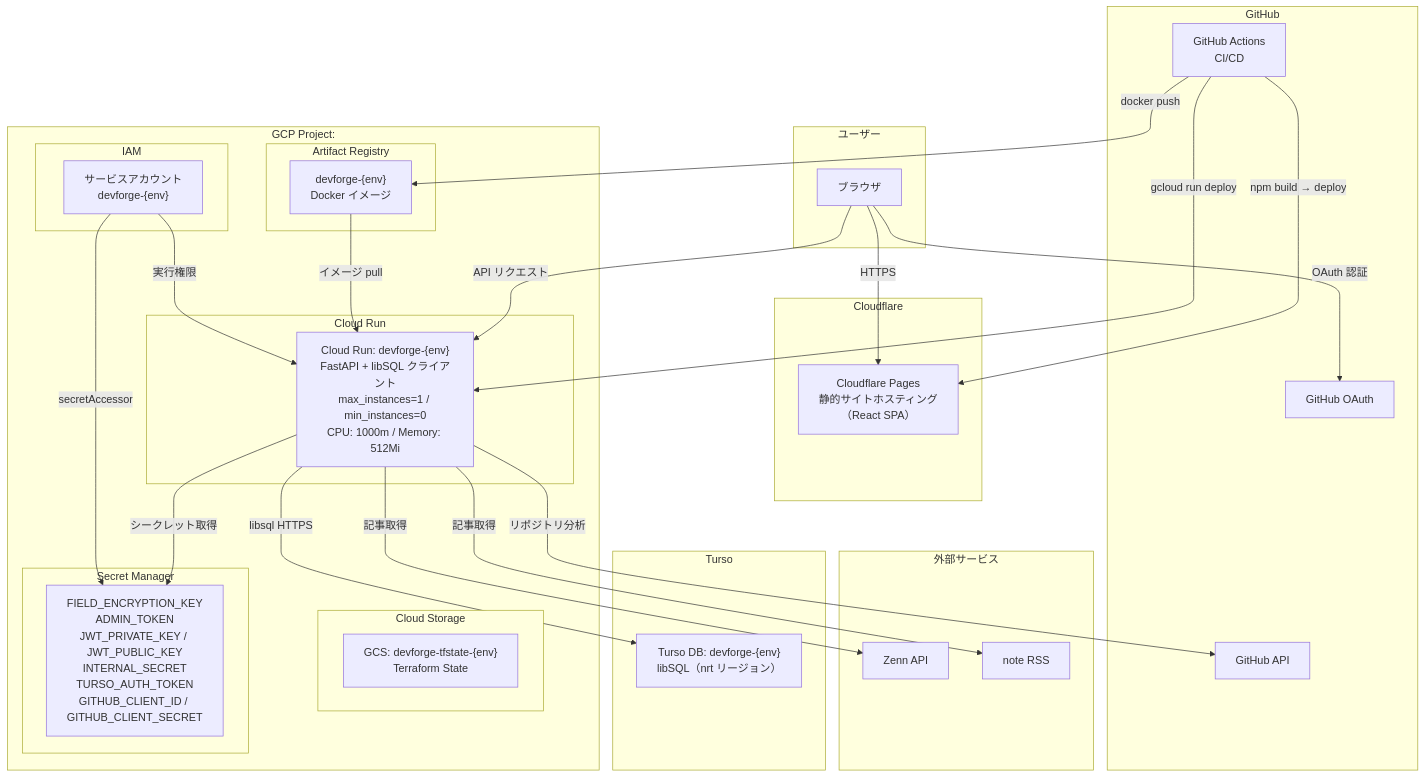
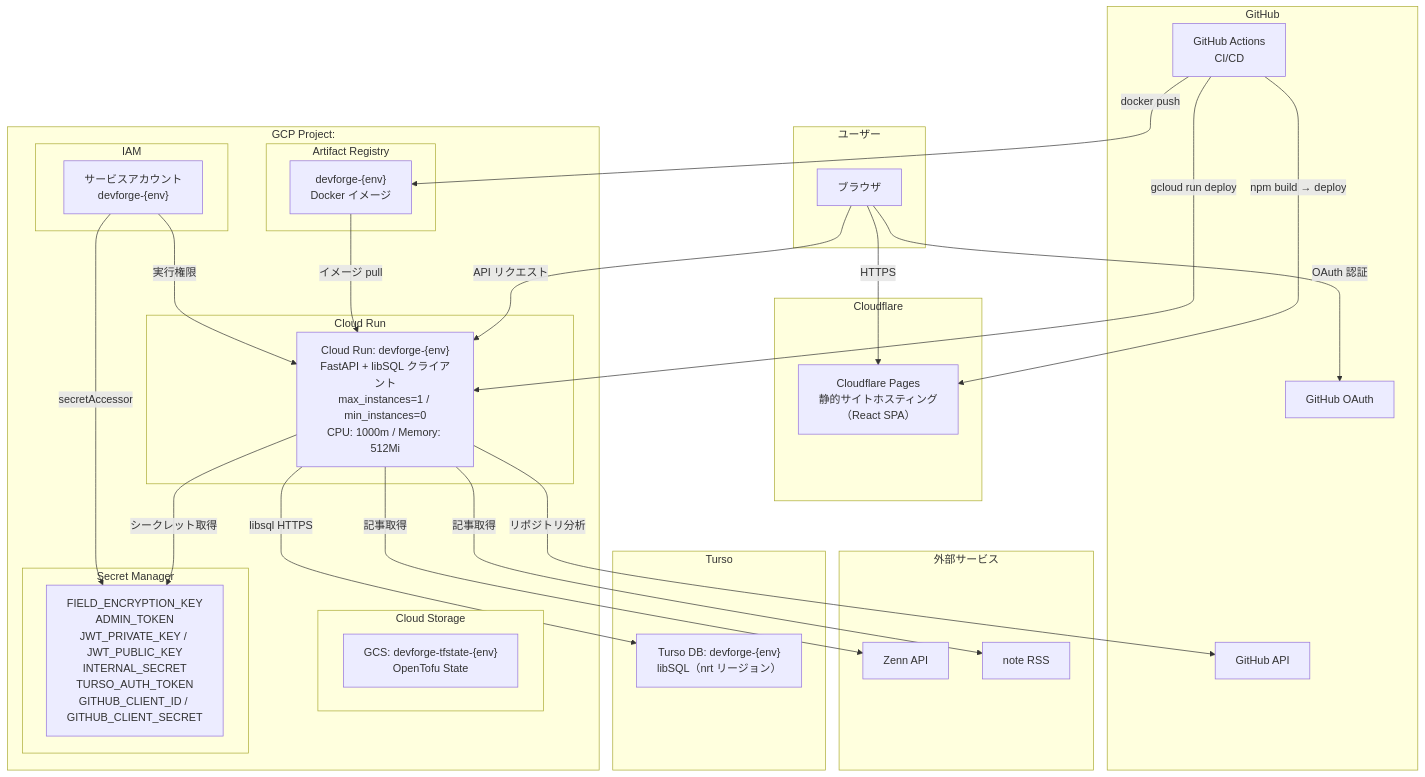
Before and after one commit to yusuke0610/yakini: the diagram in README.md, drawn with Mermaid. The commit also changed other lines of this file and 26 other files, not shown here.

````diff
--- a/README.md
+++ b/README.md
@@ -321,64 +83,64 @@
 ```mermaid
 graph TB
     subgraph "ユーザー"
         Browser["ブラウザ"]
     end
 
     subgraph "GitHub"
         GitHubActions["GitHub Actions<br/>CI/CD"]
         GitHubOAuth["GitHub OAuth"]
         GitHubAPI["GitHub API"]
     end
 
     subgraph "外部サービス"
         ZennAPI["Zenn API"]
         NoteRSS["note RSS"]
     end
 
     subgraph "Cloudflare"
         CFPages["Cloudflare Pages<br/>静的サイトホスティング<br/>（React SPA）"]
     end
 
     subgraph "Turso"
         TursoDB["Turso DB: devforge-{env}<br/>libSQL（nrt リージョン）"]
     end
 
     subgraph "GCP Project: <PROJECT_ID>"
         subgraph "Cloud Storage"
-            TfstateBucket["GCS: devforge-tfstate-{env}<br/>Terraform State"]
+            TfstateBucket["GCS: devforge-tfstate-{env}<br/>OpenTofu State"]
         end
 
         subgraph "Cloud Run"
             CloudRun["Cloud Run: devforge-{env}<br/>FastAPI + libSQL クライアント<br/>max_instances=1 / min_instances=0<br/>CPU: 1000m / Memory: 512Mi"]
         end
 
         subgraph "Artifact Registry"
             AR["devforge-{env}<br/>Docker イメージ"]
         end
 
         subgraph "Secret Manager"
             Secrets["FIELD_ENCRYPTION_KEY<br/>ADMIN_TOKEN<br/>JWT_PRIVATE_KEY / JWT_PUBLIC_KEY<br/>INTERNAL_SECRET<br/>TURSO_AUTH_TOKEN<br/>GITHUB_CLIENT_ID / GITHUB_CLIENT_SECRET"]
         end
 
         subgraph "IAM"
             SA["サービスアカウント<br/>devforge-{env}"]
         end
     end
 
     Browser -->|"HTTPS"| CFPages
     Browser -->|"API リクエスト"| CloudRun
     Browser -->|"OAuth 認証"| GitHubOAuth
 
     GitHubActions -->|"npm build → deploy"| CFPages
     GitHubActions -->|"docker push"| AR
     GitHubActions -->|"gcloud run deploy"| CloudRun
 
     CloudRun -->|"libsql HTTPS"| TursoDB
     CloudRun -->|"シークレット取得"| Secrets
     CloudRun -->|"リポジトリ分析"| GitHubAPI
     CloudRun -->|"記事取得"| ZennAPI
     CloudRun -->|"記事取得"| NoteRSS
     AR -->|"イメージ pull"| CloudRun
     SA -->|"実行権限"| CloudRun
     SA -->|"secretAccessor"| Secrets
 ```
````
